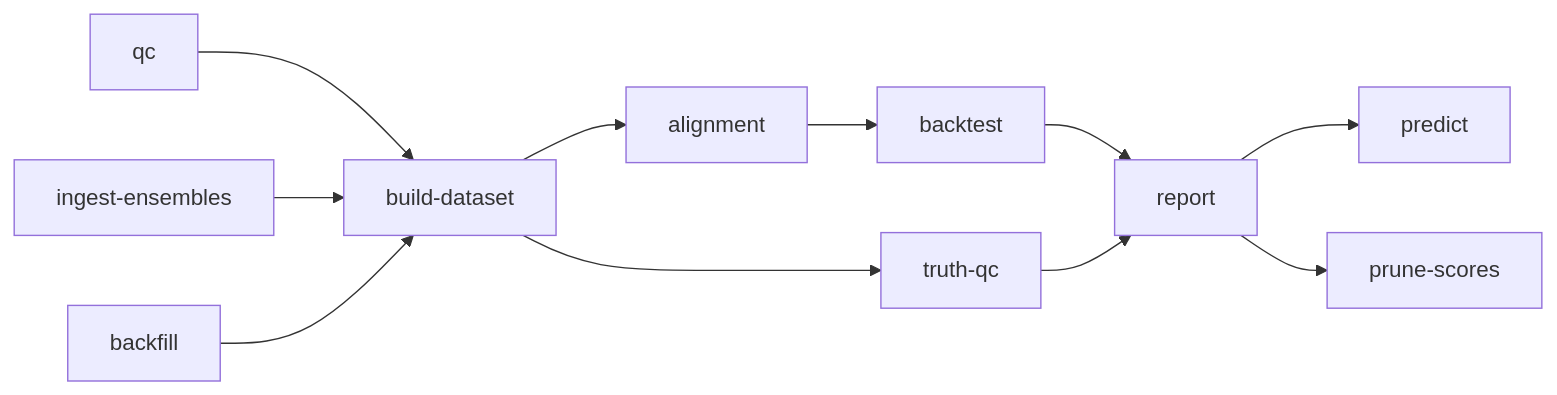
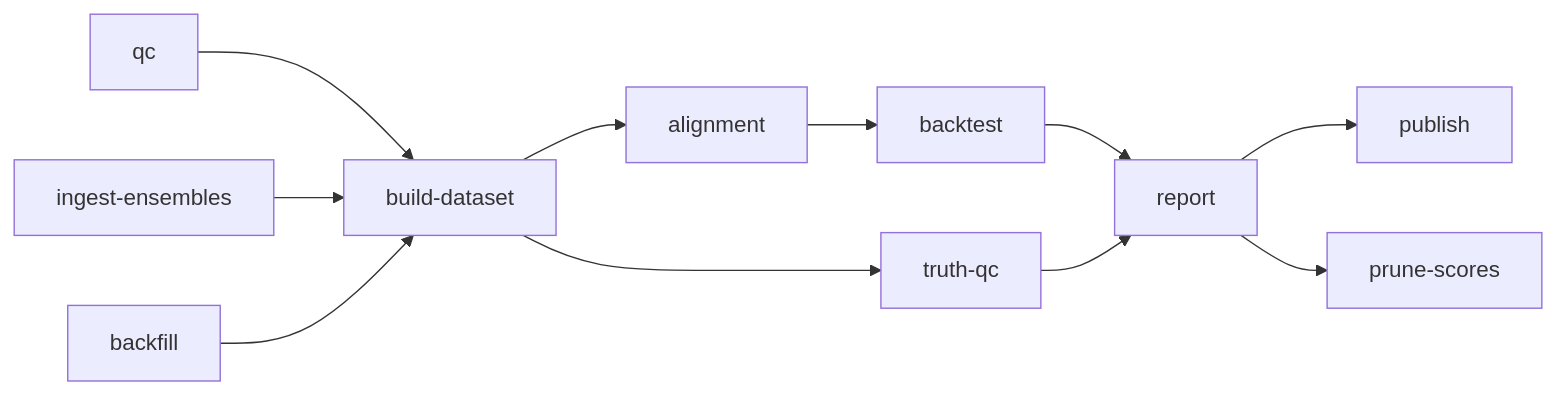
The diagram in docs/reference/cli.md (hbmartin/grounded-weather-forecast), drawn with Mermaid before and after one commit. The commit also changed other lines of this file and 39 other files, not shown here.

````diff
--- a/docs/reference/cli.md
+++ b/docs/reference/cli.md
@@ -55,13 +63,13 @@
 ```mermaid
 flowchart LR
     A[qc] --> B[build-dataset]
     I[ingest-ensembles] --> B
     K[backfill] --> B
     B --> C[alignment]
     C --> D[backtest]
     D --> E[report]
     B --> F[truth-qc]
     F --> E
-    E --> G[predict]
+    E --> G[publish]
     E --> H[prune-scores]
 ```
````
